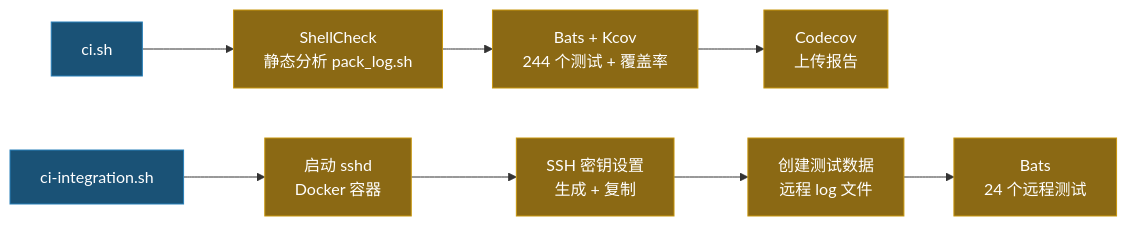
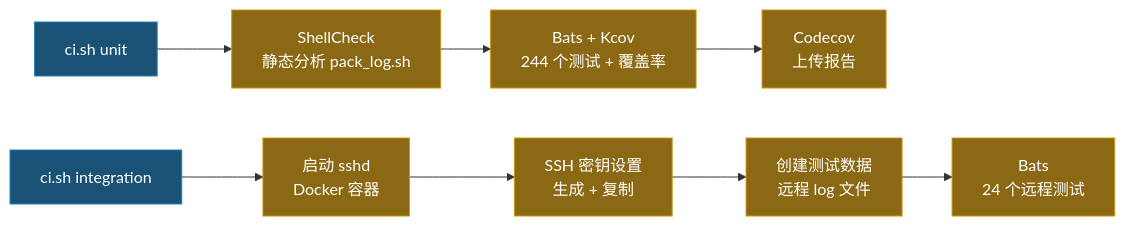
Before and after one commit to ycpss91255/pack_log: the second of 2 diagrams in doc/README.zh-CN.md, drawn with Mermaid. The commit also changed other lines of this file and 9 other files, not shown here.

````diff
--- a/doc/README.zh-CN.md
+++ b/doc/README.zh-CN.md
@@ -201,14 +202,14 @@
 ```mermaid
 graph LR
-    S["ci.sh"]:::entry --> SC["ShellCheck\n静态分析 pack_log.sh"]:::step
+    S["ci.sh unit"]:::entry --> SC["ShellCheck\n静态分析 pack_log.sh"]:::step
     SC --> BT["Bats + Kcov\n244 个测试 + 覆盖率"]:::step
     BT --> CC["Codecov\n上传报告"]:::step
 
-    S2["ci-integration.sh"]:::entry --> SSHD["启动 sshd\nDocker 容器"]:::step
+    S2["ci.sh integration"]:::entry --> SSHD["启动 sshd\nDocker 容器"]:::step
     SSHD --> KEY["SSH 密钥设置\n生成 + 复制"]:::step
     KEY --> DATA["创建测试数据\n远程 log 文件"]:::step
     DATA --> IT["Bats\n24 个远程测试"]:::step
 
     classDef entry fill:#1a5276,color:#fff,stroke:#2980b9
     classDef step fill:#8B6914,color:#fff,stroke:#c8960c
 ```
````
